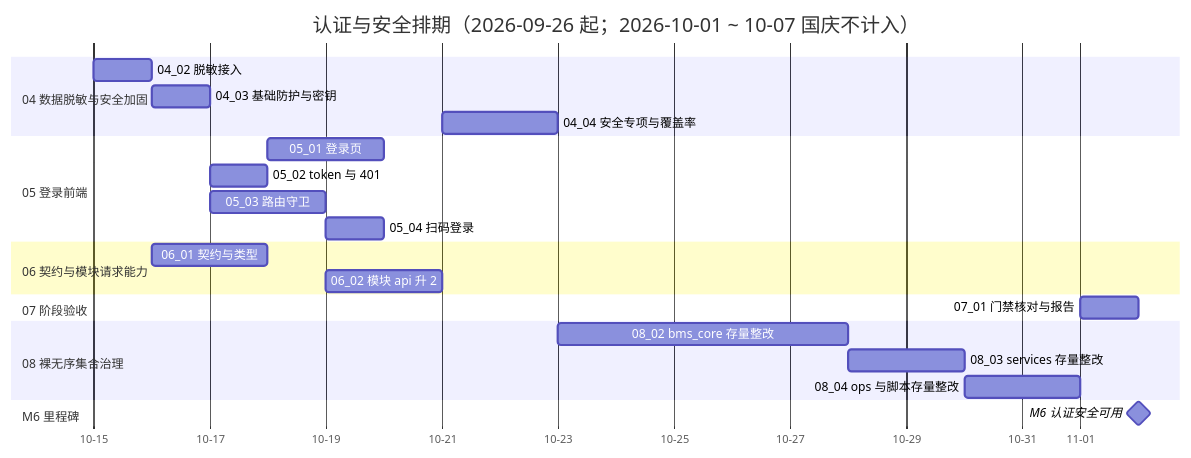
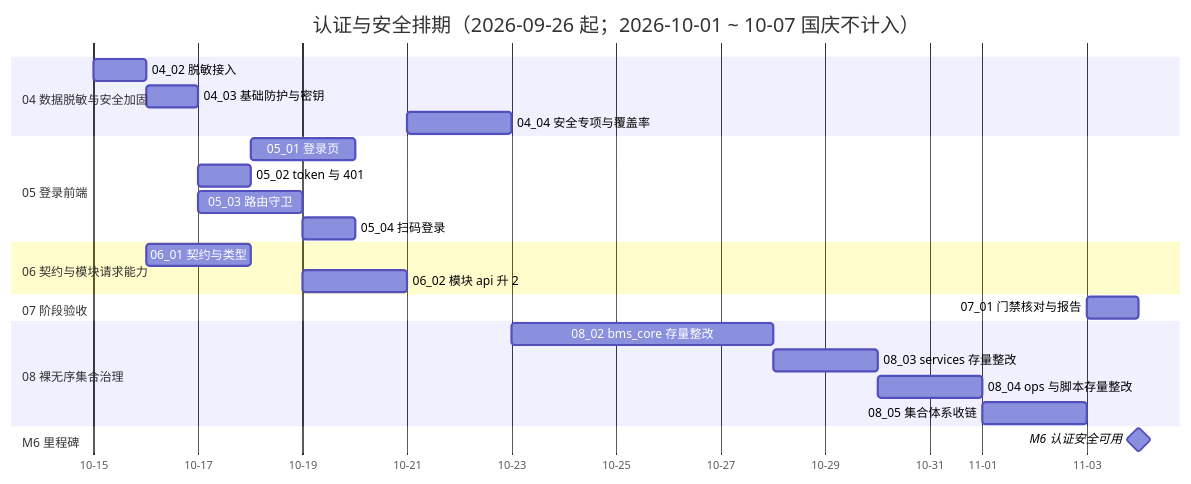
The diagram in bms文档/项目/06_认证与安全/计划/01_计划_认证与安全.md (minjian123/basic-management-system), drawn with Mermaid before and after one commit. The commit also changed other lines of this file and 4 other files, not shown here.

````diff
--- a/bms文档/项目/06_认证与安全/计划/01_计划_认证与安全.md
+++ b/bms文档/项目/06_认证与安全/计划/01_计划_认证与安全.md
@@ -75,26 +76,27 @@
 ```mermaid
 gantt
     title 认证与安全排期（2026-09-26 起；2026-10-01 ~ 10-07 国庆不计入）
     dateFormat  YYYY-MM-DD
     axisFormat %m-%d
     section 04 数据脱敏与安全加固
     04_02 脱敏接入 :d2, 2026-10-15, 1d
     04_03 基础防护与密钥 :d3, 2026-10-16, 1d
     04_04 安全专项与覆盖率 :d4, 2026-10-21, 2d
     section 05 登录前端
     05_01 登录页 :e1, 2026-10-18, 2d
     05_02 token 与 401 :e2, 2026-10-17, 1d
     05_03 路由守卫 :e3, 2026-10-17, 2d
     05_04 扫码登录 :e4, 2026-10-19, 1d
     section 06 契约与模块请求能力
     06_01 契约与类型 :f1, 2026-10-16, 2d
     06_02 模块 api 升 2 :f2, 2026-10-19, 2d
     section 07 阶段验收
-    07_01 门禁核对与报告 :g1, 2026-11-01, 1d
+    07_01 门禁核对与报告 :g1, 2026-11-03, 1d
     section 08 裸无序集合治理
     08_02 bms_core 存量整改 :h1, 2026-10-23, 5d
     08_03 services 存量整改 :h2, 2026-10-28, 2d
     08_04 ops 与脚本存量整改 :h3, 2026-10-30, 2d
+    08_05 集合体系收链 :h4, 2026-11-01, 2d
     section M6 里程碑
-    M6 认证安全可用 :milestone, mm6, 2026-11-02, 0d
+    M6 认证安全可用 :milestone, mm6, 2026-11-04, 0d
 ```
````
